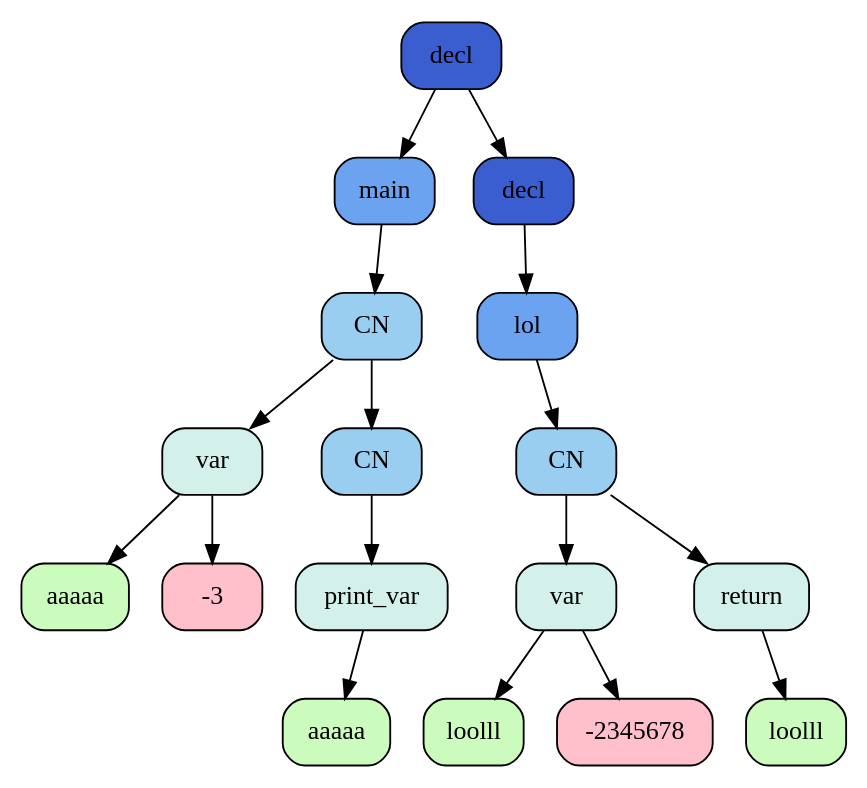
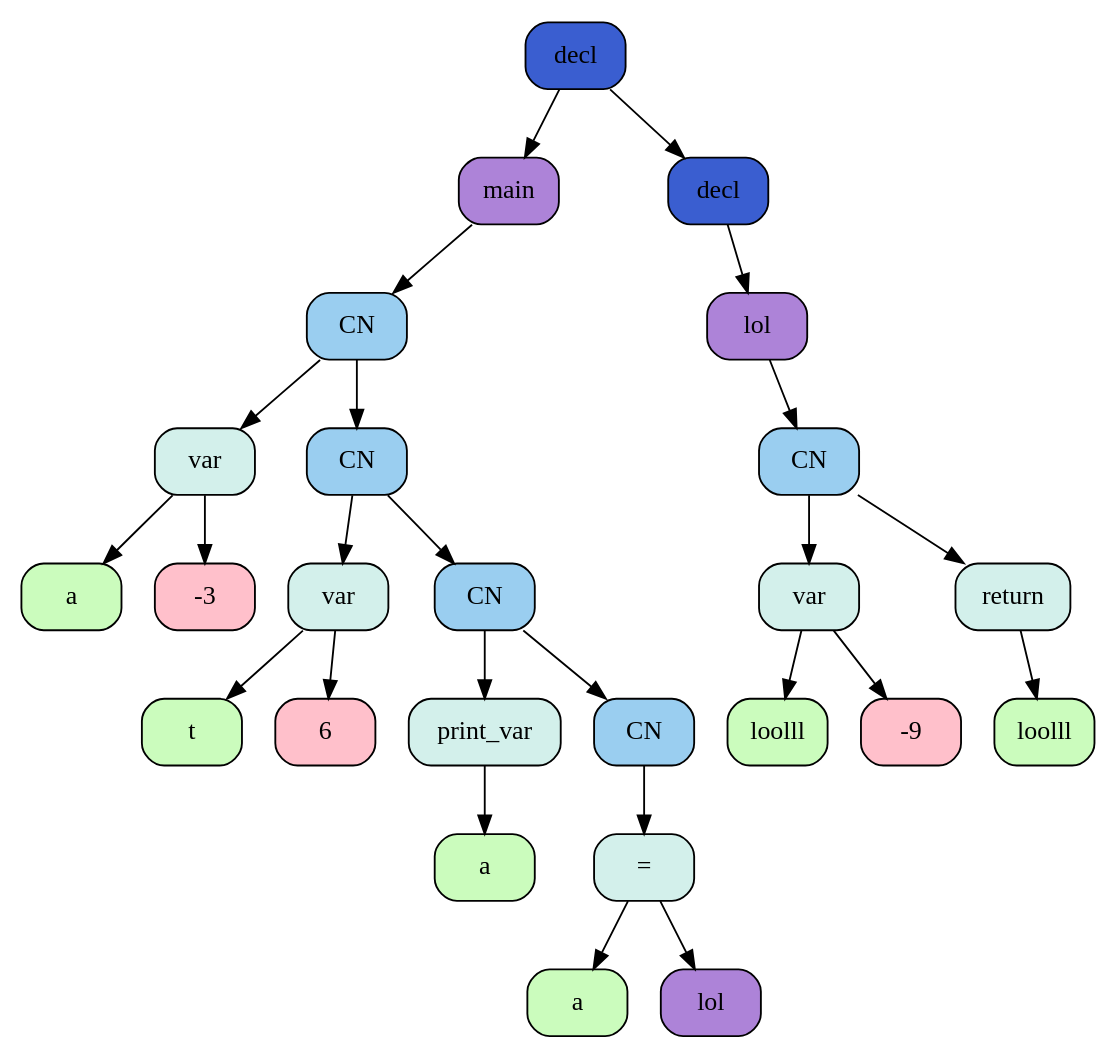
The diagram in res/graph.dot (lizz-kuzz/my-language), drawn with Graphviz before and after one commit. The commit also changed 11 other files, not shown here.

```diff
--- a/res/graph.dot
+++ b/res/graph.dot
@@ -1,51 +1,75 @@
 digraph {
 		node [shape=Mrecord]
-	node0x556d5cb76910[label="decl", style=filled, fillcolor="#3a5ed0"]
-	node0x556d5cb766c0[style=filled, fillcolor="#6ba3f0", label="main"]
-	node0x556d5cb76910 -> node0x556d5cb766c0
-	node0x556d5cb766c0[style=filled, fillcolor="#6ba3f0", label="main"]
-	node0x556d5cb76690[label="CN", style=filled, fillcolor="#9acef0"]
-	node0x556d5cb766c0 -> node0x556d5cb76690
-	node0x556d5cb76690[label="CN", style=filled, fillcolor="#9acef0"]
-	node0x556d5cb765b0[label="var", style=filled, fillcolor="#d3f0eb"]
-	node0x556d5cb76690 -> node0x556d5cb765b0
-	node0x556d5cb765b0[label="var", style=filled, fillcolor="#d3f0eb"]
-	node0x556d5cb76530[style=filled, fillcolor="#cbfcbd", label="aaaaa"]
-	node0x556d5cb765b0 -> node0x556d5cb76530
-	node0x556d5cb765b0[label="var", style=filled, fillcolor="#d3f0eb"]
-	node0x556d5cb76580[style=filled, fillcolor="#ffc0cb", label="-3"]
-	node0x556d5cb765b0 -> node0x556d5cb76580
-	node0x556d5cb76690[label="CN", style=filled, fillcolor="#9acef0"]
-	node0x556d5cb76660[label="CN", style=filled, fillcolor="#9acef0"]
-	node0x556d5cb76690 -> node0x556d5cb76660
-	node0x556d5cb76660[label="CN", style=filled, fillcolor="#9acef0"]
-	node0x556d5cb76630[label="print_var", style=filled, fillcolor="#d3f0eb"]
-	node0x556d5cb76660 -> node0x556d5cb76630
-	node0x556d5cb76630[label="print_var", style=filled, fillcolor="#d3f0eb"]
-	node0x556d5cb765e0[style=filled, fillcolor="#cbfcbd", label="aaaaa"]
-	node0x556d5cb76630 -> node0x556d5cb765e0
-	node0x556d5cb76910[label="decl", style=filled, fillcolor="#3a5ed0"]
-	node0x556d5cb768e0[label="decl", style=filled, fillcolor="#3a5ed0"]
-	node0x556d5cb76910 -> node0x556d5cb768e0
-	node0x556d5cb768e0[label="decl", style=filled, fillcolor="#3a5ed0"]
-	node0x556d5cb76890[style=filled, fillcolor="#6ba3f0", label="lol"]
-	node0x556d5cb768e0 -> node0x556d5cb76890
-	node0x556d5cb76890[style=filled, fillcolor="#6ba3f0", label="lol"]
-	node0x556d5cb76860[label="CN", style=filled, fillcolor="#9acef0"]
-	node0x556d5cb76890 -> node0x556d5cb76860
-	node0x556d5cb76860[label="CN", style=filled, fillcolor="#9acef0"]
-	node0x556d5cb767b0[label="var", style=filled, fillcolor="#d3f0eb"]
-	node0x556d5cb76860 -> node0x556d5cb767b0
-	node0x556d5cb767b0[label="var", style=filled, fillcolor="#d3f0eb"]
-	node0x556d5cb76730[style=filled, fillcolor="#cbfcbd", label="loolll"]
-	node0x556d5cb767b0 -> node0x556d5cb76730
-	node0x556d5cb767b0[label="var", style=filled, fillcolor="#d3f0eb"]
-	node0x556d5cb76780[style=filled, fillcolor="#ffc0cb", label="-2345678"]
-	node0x556d5cb767b0 -> node0x556d5cb76780
-	node0x556d5cb76860[label="CN", style=filled, fillcolor="#9acef0"]
-	node0x556d5cb76830[label="return", style=filled, fillcolor="#d3f0eb"]
-	node0x556d5cb76860 -> node0x556d5cb76830
-	node0x556d5cb76830[label="return", style=filled, fillcolor="#d3f0eb"]
-	node0x556d5cb767e0[style=filled, fillcolor="#cbfcbd", label="loolll"]
-	node0x556d5cb76830 -> node0x556d5cb767e0
+	node0x55c3fb0e0d30[label="decl", style=filled, fillcolor="#3a5ed0"]
+	node0x55c3fb0e0790[style=filled, fillcolor="#ad83d8", label="main"]
+	node0x55c3fb0e0d30 -> node0x55c3fb0e0790
+	node0x55c3fb0e0790[style=filled, fillcolor="#ad83d8", label="main"]
+	node0x55c3fb0e0b20[label="CN", style=filled, fillcolor="#9acef0"]
+	node0x55c3fb0e0790 -> node0x55c3fb0e0b20
+	node0x55c3fb0e0b20[label="CN", style=filled, fillcolor="#9acef0"]
+	node0x55c3fb0e0860[label="var", style=filled, fillcolor="#d3f0eb"]
+	node0x55c3fb0e0b20 -> node0x55c3fb0e0860
+	node0x55c3fb0e0860[label="var", style=filled, fillcolor="#d3f0eb"]
+	node0x55c3fb0e07e0[style=filled, fillcolor="#cbfcbd", label="a"]
+	node0x55c3fb0e0860 -> node0x55c3fb0e07e0
+	node0x55c3fb0e0860[label="var", style=filled, fillcolor="#d3f0eb"]
+	node0x55c3fb0e0830[style=filled, fillcolor="#ffc0cb", label="-3"]
+	node0x55c3fb0e0860 -> node0x55c3fb0e0830
+	node0x55c3fb0e0b20[label="CN", style=filled, fillcolor="#9acef0"]
+	node0x55c3fb0e0af0[label="CN", style=filled, fillcolor="#9acef0"]
+	node0x55c3fb0e0b20 -> node0x55c3fb0e0af0
+	node0x55c3fb0e0af0[label="CN", style=filled, fillcolor="#9acef0"]
+	node0x55c3fb0e0910[label="var", style=filled, fillcolor="#d3f0eb"]
+	node0x55c3fb0e0af0 -> node0x55c3fb0e0910
+	node0x55c3fb0e0910[label="var", style=filled, fillcolor="#d3f0eb"]
+	node0x55c3fb0e0890[style=filled, fillcolor="#cbfcbd", label="t"]
+	node0x55c3fb0e0910 -> node0x55c3fb0e0890
+	node0x55c3fb0e0910[label="var", style=filled, fillcolor="#d3f0eb"]
+	node0x55c3fb0e08e0[style=filled, fillcolor="#ffc0cb", label="6"]
+	node0x55c3fb0e0910 -> node0x55c3fb0e08e0
+	node0x55c3fb0e0af0[label="CN", style=filled, fillcolor="#9acef0"]
+	node0x55c3fb0e0ac0[label="CN", style=filled, fillcolor="#9acef0"]
+	node0x55c3fb0e0af0 -> node0x55c3fb0e0ac0
+	node0x55c3fb0e0ac0[label="CN", style=filled, fillcolor="#9acef0"]
+	node0x55c3fb0e0990[label="print_var", style=filled, fillcolor="#d3f0eb"]
+	node0x55c3fb0e0ac0 -> node0x55c3fb0e0990
+	node0x55c3fb0e0990[label="print_var", style=filled, fillcolor="#d3f0eb"]
+	node0x55c3fb0e0940[style=filled, fillcolor="#cbfcbd", label="a"]
+	node0x55c3fb0e0990 -> node0x55c3fb0e0940
+	node0x55c3fb0e0ac0[label="CN", style=filled, fillcolor="#9acef0"]
+	node0x55c3fb0e0a90[label="CN", style=filled, fillcolor="#9acef0"]
+	node0x55c3fb0e0ac0 -> node0x55c3fb0e0a90
+	node0x55c3fb0e0a90[label="CN", style=filled, fillcolor="#9acef0"]
+	node0x55c3fb0e0a60[label="=", style=filled, fillcolor="#d3f0eb"]
+	node0x55c3fb0e0a90 -> node0x55c3fb0e0a60
+	node0x55c3fb0e0a60[label="=", style=filled, fillcolor="#d3f0eb"]
+	node0x55c3fb0e09c0[style=filled, fillcolor="#cbfcbd", label="a"]
+	node0x55c3fb0e0a60 -> node0x55c3fb0e09c0
+	node0x55c3fb0e0a60[label="=", style=filled, fillcolor="#d3f0eb"]
+	node0x55c3fb0e0a10[style=filled, fillcolor="#ad83d8", label="lol"]
+	node0x55c3fb0e0a60 -> node0x55c3fb0e0a10
+	node0x55c3fb0e0d30[label="decl", style=filled, fillcolor="#3a5ed0"]
+	node0x55c3fb0e0d00[label="decl", style=filled, fillcolor="#3a5ed0"]
+	node0x55c3fb0e0d30 -> node0x55c3fb0e0d00
+	node0x55c3fb0e0d00[label="decl", style=filled, fillcolor="#3a5ed0"]
+	node0x55c3fb0e0b50[style=filled, fillcolor="#ad83d8", label="lol"]
+	node0x55c3fb0e0d00 -> node0x55c3fb0e0b50
+	node0x55c3fb0e0b50[style=filled, fillcolor="#ad83d8", label="lol"]
+	node0x55c3fb0e0cd0[label="CN", style=filled, fillcolor="#9acef0"]
+	node0x55c3fb0e0b50 -> node0x55c3fb0e0cd0
+	node0x55c3fb0e0cd0[label="CN", style=filled, fillcolor="#9acef0"]
+	node0x55c3fb0e0c20[label="var", style=filled, fillcolor="#d3f0eb"]
+	node0x55c3fb0e0cd0 -> node0x55c3fb0e0c20
+	node0x55c3fb0e0c20[label="var", style=filled, fillcolor="#d3f0eb"]
+	node0x55c3fb0e0ba0[style=filled, fillcolor="#cbfcbd", label="loolll"]
+	node0x55c3fb0e0c20 -> node0x55c3fb0e0ba0
+	node0x55c3fb0e0c20[label="var", style=filled, fillcolor="#d3f0eb"]
+	node0x55c3fb0e0bf0[style=filled, fillcolor="#ffc0cb", label="-9"]
+	node0x55c3fb0e0c20 -> node0x55c3fb0e0bf0
+	node0x55c3fb0e0cd0[label="CN", style=filled, fillcolor="#9acef0"]
+	node0x55c3fb0e0ca0[label="return", style=filled, fillcolor="#d3f0eb"]
+	node0x55c3fb0e0cd0 -> node0x55c3fb0e0ca0
+	node0x55c3fb0e0ca0[label="return", style=filled, fillcolor="#d3f0eb"]
+	node0x55c3fb0e0c50[style=filled, fillcolor="#cbfcbd", label="loolll"]
+	node0x55c3fb0e0ca0 -> node0x55c3fb0e0c50
 }
```
